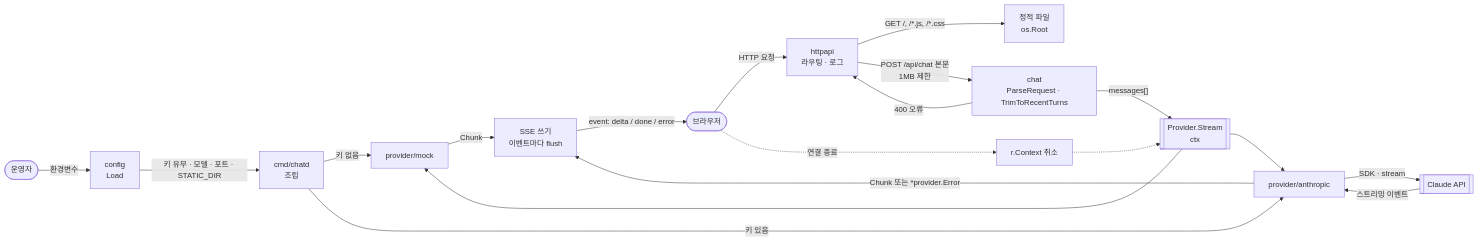
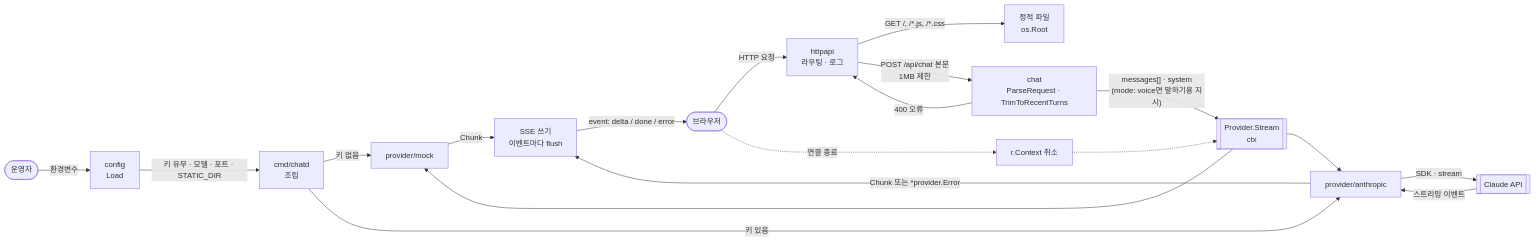
Before and after one commit to kimtaesung98/ai-agent-chat-demo: the diagram in server/README.md, drawn with Mermaid. The commit also changed other lines of this file and 39 other files, not shown here.

````diff
--- a/server/README.md
+++ b/server/README.md
@@ -30,21 +30,21 @@
 ```mermaid
 flowchart LR
     Operator([운영자]) -->|"환경변수"| Config[config<br>Load]
     Config -->|"키 유무 · 모델 · 포트 · STATIC_DIR"| Main[cmd/chatd<br>조립]
     Main -->|"키 없음"| Mock[provider/mock]
     Main -->|"키 있음"| Anthropic[provider/anthropic]
     Browser([브라우저]) -->|"HTTP 요청"| HTTP[httpapi<br>라우팅 · 로그]
     HTTP -->|"GET /, /*.js, /*.css"| Static[정적 파일<br>os.Root]
     HTTP -->|"POST /api/chat 본문<br>1MB 제한"| Chat[chat<br>ParseRequest · TrimToRecentTurns]
     Chat -->|"400 오류"| HTTP
-    Chat -->|"messages[]"| Stream[[Provider.Stream<br>ctx]]
+    Chat -->|"messages[] · system<br>(mode: voice면 말하기용 지시)"| Stream[[Provider.Stream<br>ctx]]
     Stream --> Mock
     Stream --> Anthropic
     Anthropic -->|"SDK · stream"| Claude[[Claude API]]
     Claude -->|"스트리밍 이벤트"| Anthropic
     Mock -->|"Chunk"| SSE[SSE 쓰기<br>이벤트마다 flush]
     Anthropic -->|"Chunk 또는 *provider.Error"| SSE
     SSE -->|"event: delta / done / error"| Browser
     Browser -.->|"연결 종료"| Cancel[r.Context 취소]
     Cancel -.-> Stream
 ```
````
